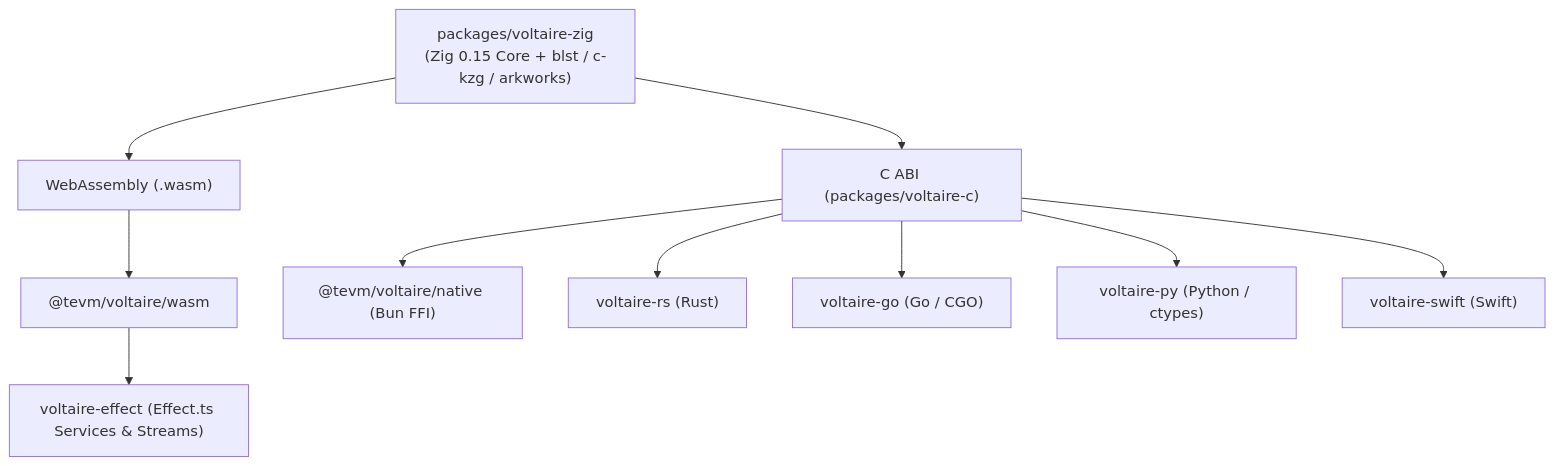
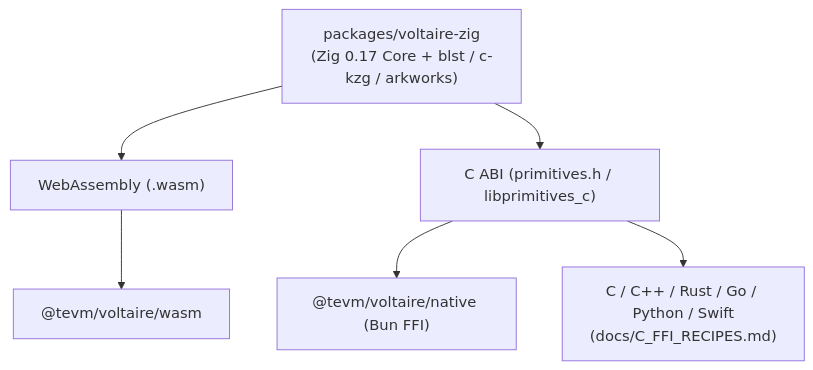
The diagram in README.md (evmts/voltaire), drawn with Mermaid before and after one commit. The commit also changed other lines of this file and 575 other files, not shown here.

Commit message:
chore(release): focus monorepo on @tevm/voltaire and @tevm/zig with C FFI recipes

````diff
--- a/README.md
+++ b/README.md
@@ -32,12 +32,8 @@
 ```mermaid
 flowchart TD
-  Zig["packages/voltaire-zig\n(Zig 0.15 Core + blst / c-kzg / arkworks)"] --> Wasm["WebAssembly (.wasm)"]
-  Zig --> CABI["C ABI (packages/voltaire-c)"]
+  Zig["packages/voltaire-zig\n(Zig 0.17 Core + blst / c-kzg / arkworks)"] --> Wasm["WebAssembly (.wasm)"]
+  Zig --> CABI["C ABI (primitives.h / libprimitives_c)"]
   Wasm --> TS["@tevm/voltaire/wasm"]
   CABI --> Bun["@tevm/voltaire/native (Bun FFI)"]
-  CABI --> RS["voltaire-rs (Rust)"]
-  CABI --> GO["voltaire-go (Go / CGO)"]
-  CABI --> PY["voltaire-py (Python / ctypes)"]
-  CABI --> SW["voltaire-swift (Swift)"]
-  TS --> Effect["voltaire-effect (Effect.ts Services & Streams)"]
+  CABI --> FFI["C / C++ / Rust / Go / Python / Swift\n(docs/C_FFI_RECIPES.md)"]
 ```
````
